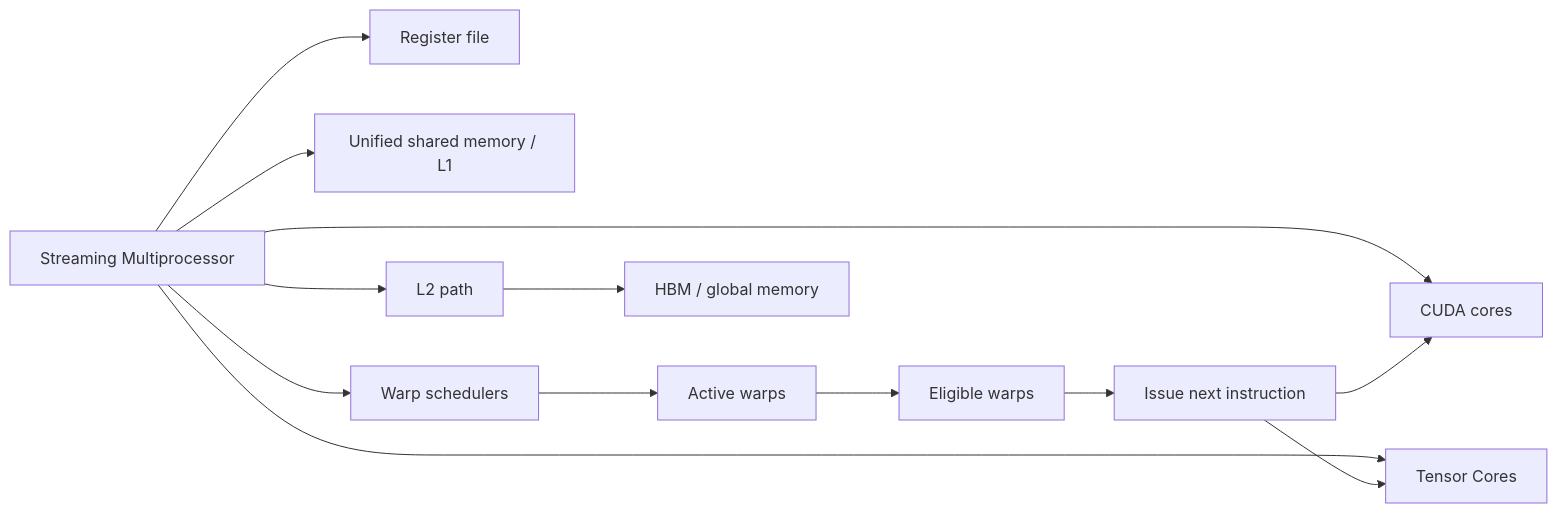
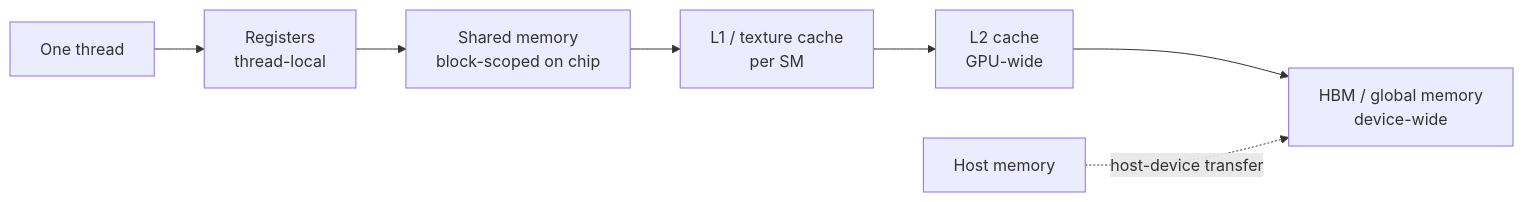
One commit to nawab-ali/mlsys-prep changed the second of 5 diagrams in nvidia/02_gpu_execution_model.md. Above: the diagram before and after it, drawn with Mermaid. The commit also changed other lines of this file, not shown here.

Commit message:
Refresh NVIDIA GPU execution model module

````diff
--- a/nvidia/02_gpu_execution_model.md
+++ b/nvidia/02_gpu_execution_model.md
@@ -234,17 +506,13 @@
 ```mermaid
 flowchart LR
-    SM[Streaming Multiprocessor] --> RF[Register file]
-    SM --> UDC[Unified shared memory / L1]
-    SM --> WS[Warp schedulers]
-    SM --> CC[CUDA cores]
-    SM --> TC[Tensor Cores]
-    SM --> L2[L2 path]
+    T[One thread]
+    R[Registers<br/>thread-local]
+    S[Shared memory<br/>block-scoped on chip]
+    L1[L1 / texture cache<br/>per SM]
+    L2[L2 cache<br/>GPU-wide]
+    H[HBM / global memory<br/>device-wide]
+    Host[Host memory]
 
-    WS --> AW[Active warps]
-    AW --> EW[Eligible warps]
-    EW --> Issue[Issue next instruction]
-
-    Issue --> CC
-    Issue --> TC
-    L2 --> HBM[HBM / global memory]
+    T --> R --> S --> L1 --> L2 --> H
+    Host -. host-device transfer .-> H
 ```
````
